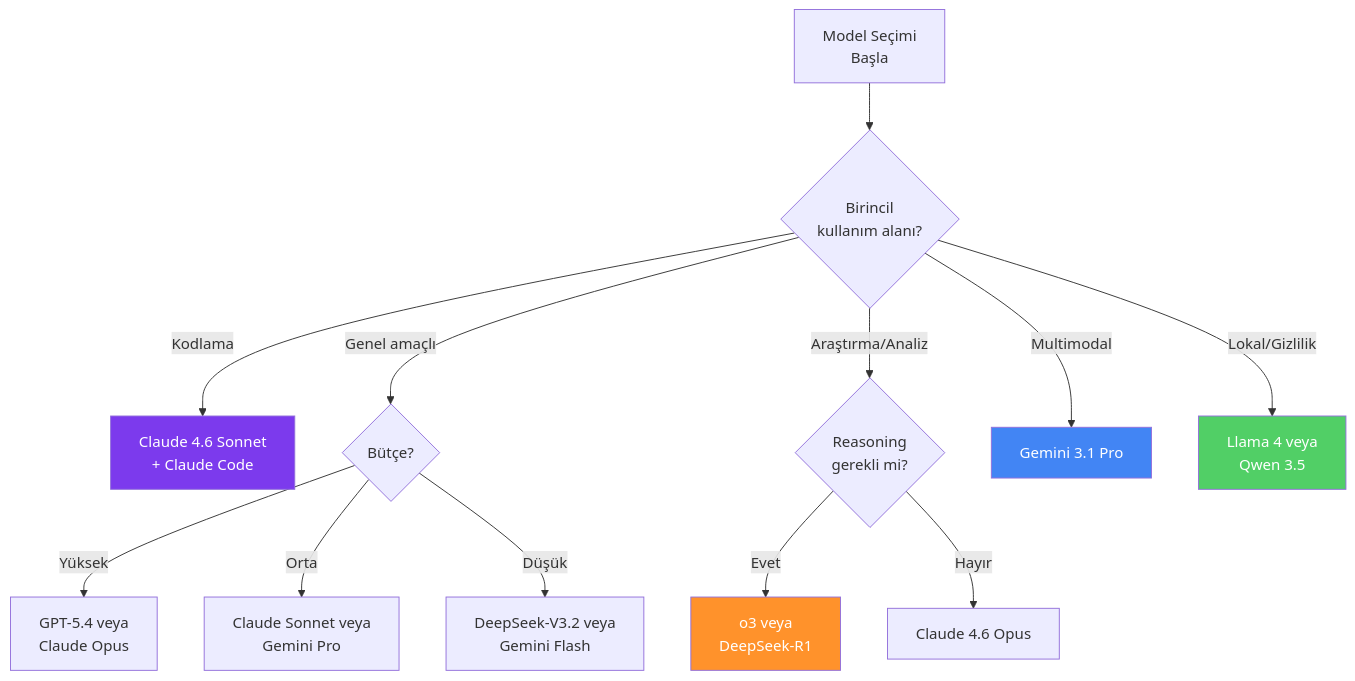
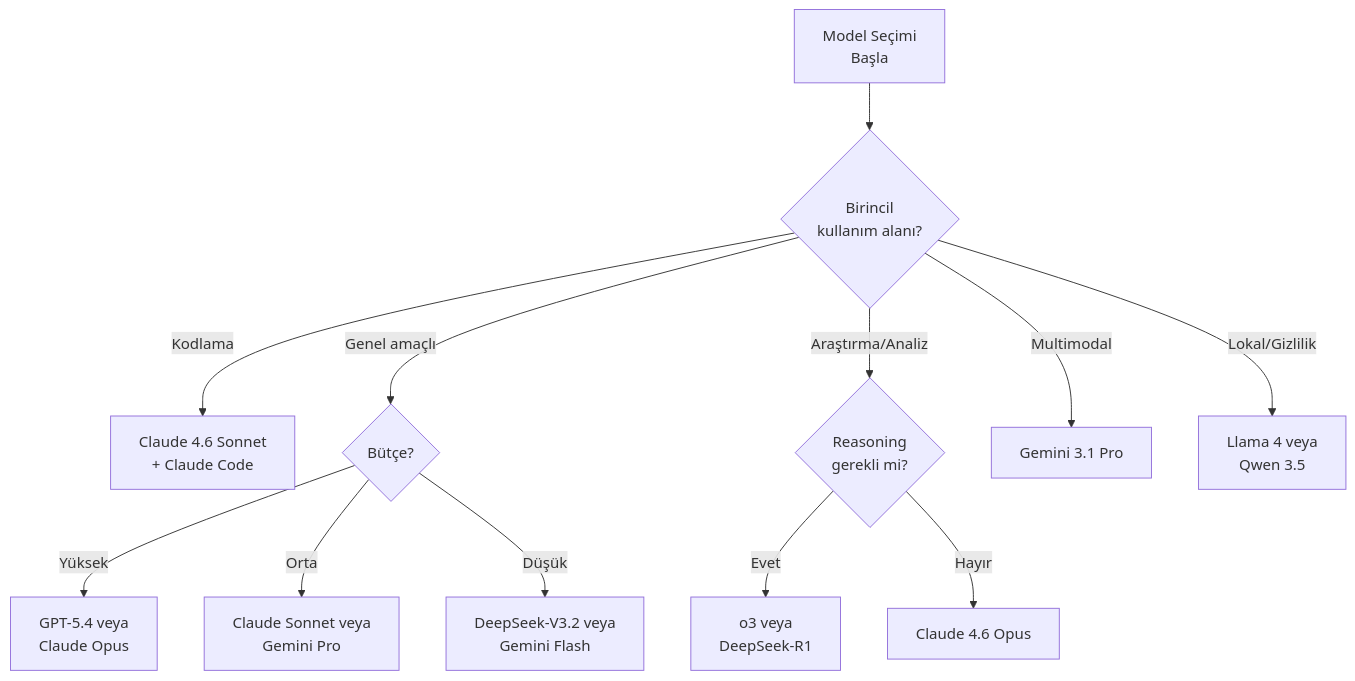
Before and after one commit to IzzetYasinAtes/ClaudeCodeHandbook: diagram 11 of 11 in 03-llm-saglayicilari/06-buyuk-karsilastirma.md, drawn with Mermaid. The commit also changed other lines of this file and 97 other files, not shown here.

Commit message:
Remove all custom Mermaid style/fill colors from 98 markdown files for consistent dark theme rendering

````diff
--- a/03-llm-saglayicilari/06-buyuk-karsilastirma.md
+++ b/03-llm-saglayicilari/06-buyuk-karsilastirma.md
@@ -322,24 +315,20 @@
 ```mermaid
 flowchart TD
     START["Model Seçimi<br/>Başla"]
 
     START --> Q1{"Birincil<br/>kullanım alanı?"}
 
     Q1 -->|"Kodlama"| CODE["Claude 4.6 Sonnet<br/>+ Claude Code"]
     Q1 -->|"Genel amaçlı"| GEN{"Bütçe?"}
     Q1 -->|"Araştırma/Analiz"| RES{"Reasoning<br/>gerekli mi?"}
     Q1 -->|"Multimodal"| MULTI["Gemini 3.1 Pro"]
     Q1 -->|"Lokal/Gizlilik"| LOCAL["Llama 4 veya<br/>Qwen 3.5"]
 
     GEN -->|"Yüksek"| GPT["GPT-5.4 veya<br/>Claude Opus"]
     GEN -->|"Orta"| SONNET["Claude Sonnet veya<br/>Gemini Pro"]
     GEN -->|"Düşük"| CHEAP["DeepSeek-V3.2 veya<br/>Gemini Flash"]
 
     RES -->|"Evet"| REASON["o3 veya<br/>DeepSeek-R1"]
     RES -->|"Hayır"| OPUS["Claude 4.6 Opus"]
 
-    style CODE fill:#7c3aed,color:#fff
-    style MULTI fill:#4285f4,color:#fff
-    style LOCAL fill:#51cf66,color:#fff
-    style REASON fill:#ff922b,color:#fff
 ```
````
